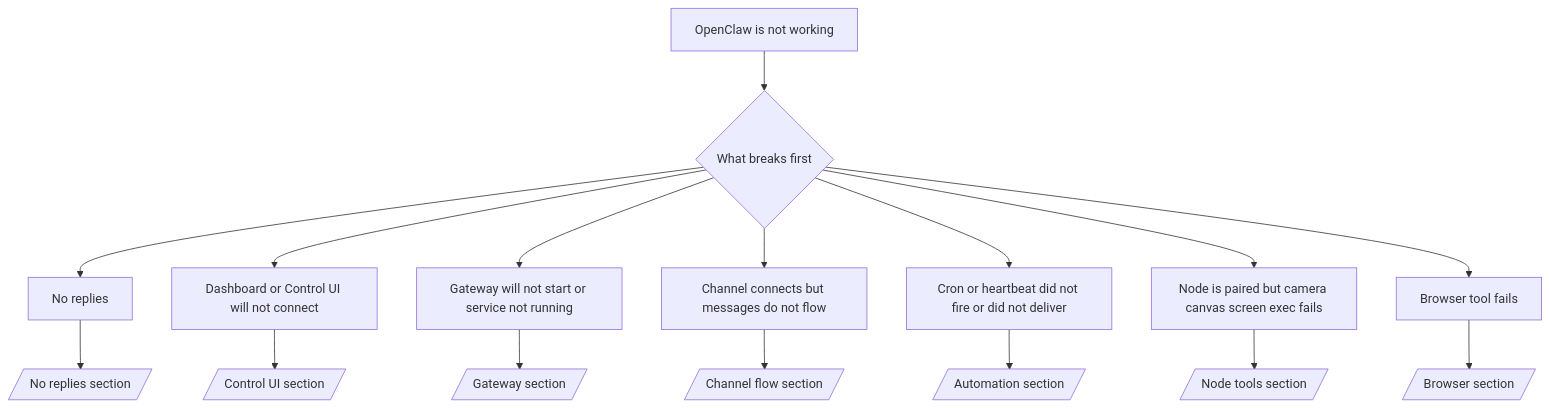
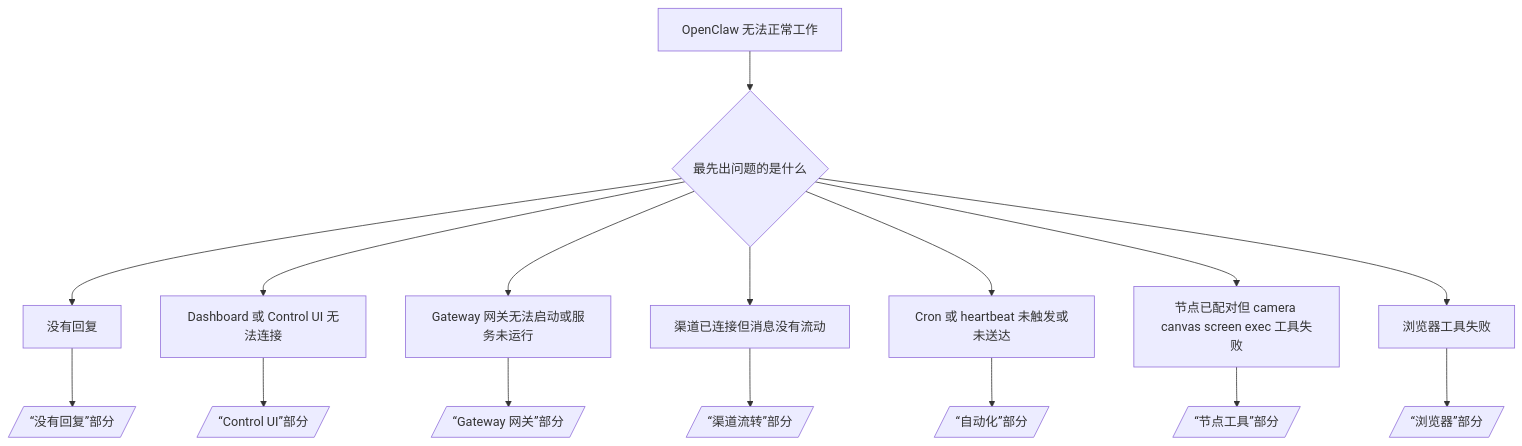
The diagram in docs/help/troubleshooting.md (daichangya/openclaw-docs), drawn with Mermaid before and after one commit. The commit also changed other lines of this file and 1029 other files, not shown here.

````diff
--- a/docs/help/troubleshooting.md
+++ b/docs/help/troubleshooting.md
@@ -85,19 +87,19 @@
 ```mermaid
 flowchart TD
-  A[OpenClaw is not working] --> B{What breaks first}
-  B --> C[No replies]
-  B --> D[Dashboard or Control UI will not connect]
-  B --> E[Gateway will not start or service not running]
-  B --> F[Channel connects but messages do not flow]
-  B --> G[Cron or heartbeat did not fire or did not deliver]
-  B --> H[Node is paired but camera canvas screen exec fails]
-  B --> I[Browser tool fails]
+  A[OpenClaw 无法正常工作] --> B{最先出问题的是什么}
+  B --> C[没有回复]
+  B --> D[Dashboard 或 Control UI 无法连接]
+  B --> E[Gateway 网关无法启动或服务未运行]
+  B --> F[渠道已连接但消息没有流动]
+  B --> G[Cron 或 heartbeat 未触发或未送达]
+  B --> H[节点已配对但 camera canvas screen exec 工具失败]
+  B --> I[浏览器工具失败]
 
-  C --> C1[/No replies section/]
-  D --> D1[/Control UI section/]
-  E --> E1[/Gateway section/]
-  F --> F1[/Channel flow section/]
-  G --> G1[/Automation section/]
-  H --> H1[/Node tools section/]
-  I --> I1[/Browser section/]
+  C --> C1[/“没有回复”部分/]
+  D --> D1[/“Control UI”部分/]
+  E --> E1[/“Gateway 网关”部分/]
+  F --> F1[/“渠道流转”部分/]
+  G --> G1[/“自动化”部分/]
+  H --> H1[/“节点工具”部分/]
+  I --> I1[/“浏览器”部分/]
 ```
````
